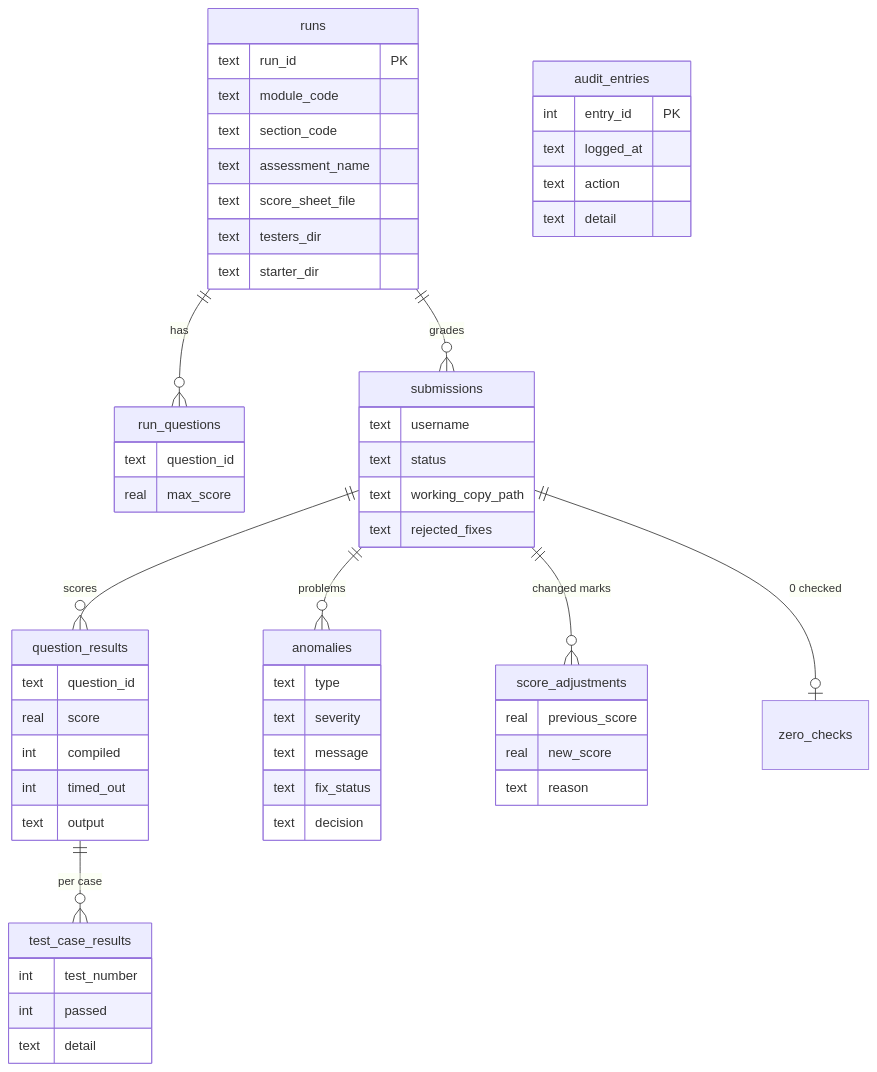
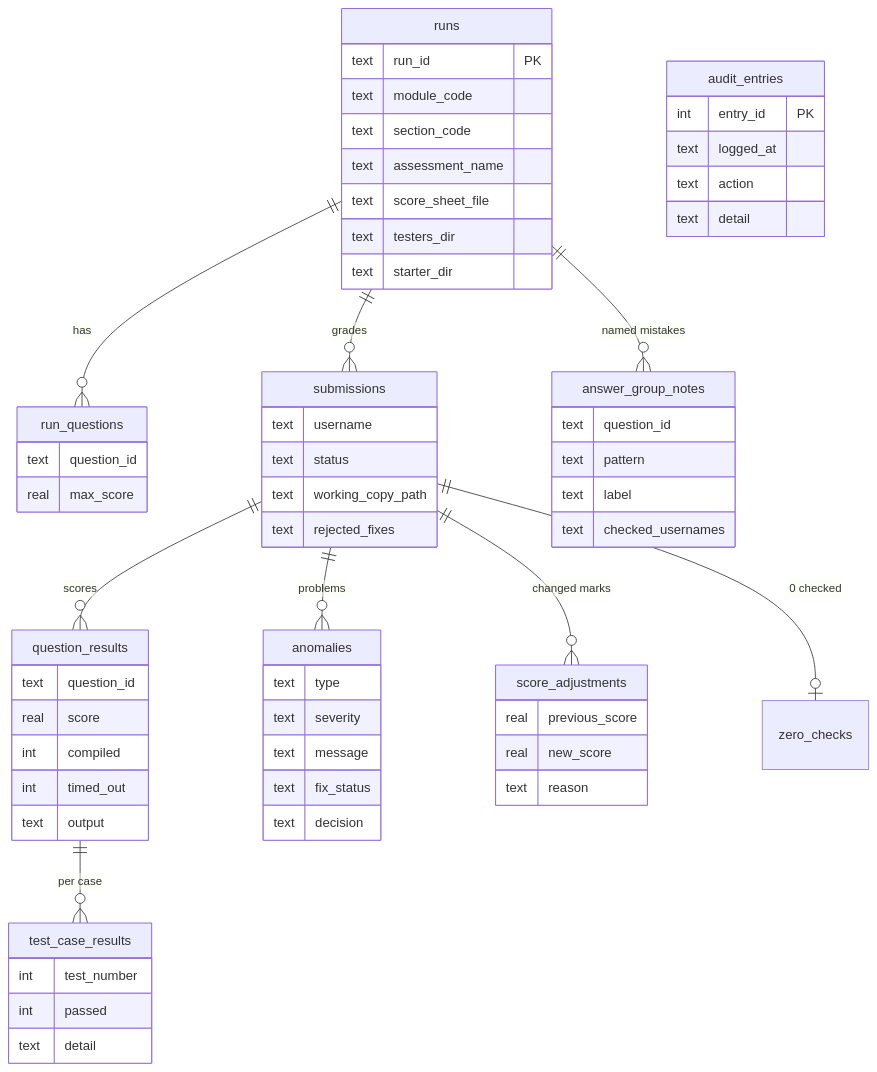
One commit to damienlaww/GradeZZY changed the eighth of 8 diagrams in README.md. Above: the diagram before and after it, drawn with Mermaid. The commit also changed other lines of this file and 1 other file, not shown here.

Commit message:
Describe answer groups in the README

````diff
--- a/README.md
+++ b/README.md
@@ -636,59 +677,66 @@
 ```mermaid
 erDiagram
     runs ||--o{ run_questions : "has"
     runs ||--o{ submissions : "grades"
     submissions ||--o{ question_results : "scores"
     question_results ||--o{ test_case_results : "per case"
     submissions ||--o{ anomalies : "problems"
     submissions ||--o{ score_adjustments : "changed marks"
     submissions ||--o| zero_checks : "0 checked"
+    runs ||--o{ answer_group_notes : "named mistakes"
     runs {
         text run_id PK
         text module_code
         text section_code
         text assessment_name
         text score_sheet_file
         text testers_dir
         text starter_dir
     }
     run_questions {
         text question_id
         real max_score
     }
     submissions {
         text username
         text status
         text working_copy_path
         text rejected_fixes
     }
     question_results {
         text question_id
         real score
         int compiled
         int timed_out
         text output
     }
     test_case_results {
         int test_number
         int passed
         text detail
     }
     anomalies {
         text type
         text severity
         text message
         text fix_status
         text decision
     }
     score_adjustments {
         real previous_score
         real new_score
         text reason
     }
+    answer_group_notes {
+        text question_id
+        text pattern
+        text label
+        text checked_usernames
+    }
     audit_entries {
         int entry_id PK
         text logged_at
         text action
         text detail
     }
 ```
````
